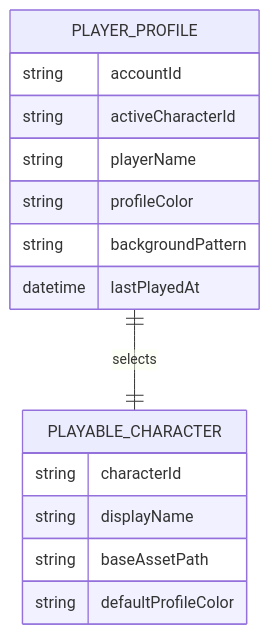
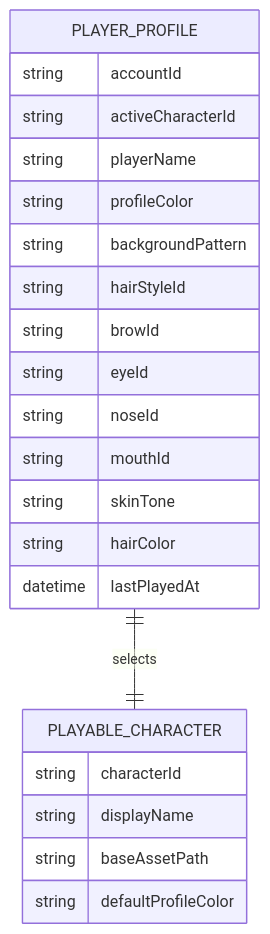
Before and after one commit to twStellerWhale-Ocean2/solKidGalGame1: the eighth of 8 diagrams in docs/design.md, drawn with Mermaid. The commit also changed other lines of this file and 3 other files, not shown here.

````diff
--- a/docs/design.md
+++ b/docs/design.md
@@ -365,18 +367,25 @@
 ```mermaid
 erDiagram
   PLAYER_PROFILE ||--|| PLAYABLE_CHARACTER : selects
   PLAYER_PROFILE {
     string accountId
     string activeCharacterId
     string playerName
     string profileColor
     string backgroundPattern
+    string hairStyleId
+    string browId
+    string eyeId
+    string noseId
+    string mouthId
+    string skinTone
+    string hairColor
     datetime lastPlayedAt
   }
   PLAYABLE_CHARACTER {
     string characterId
     string displayName
     string baseAssetPath
     string defaultProfileColor
   }
 ```
````
